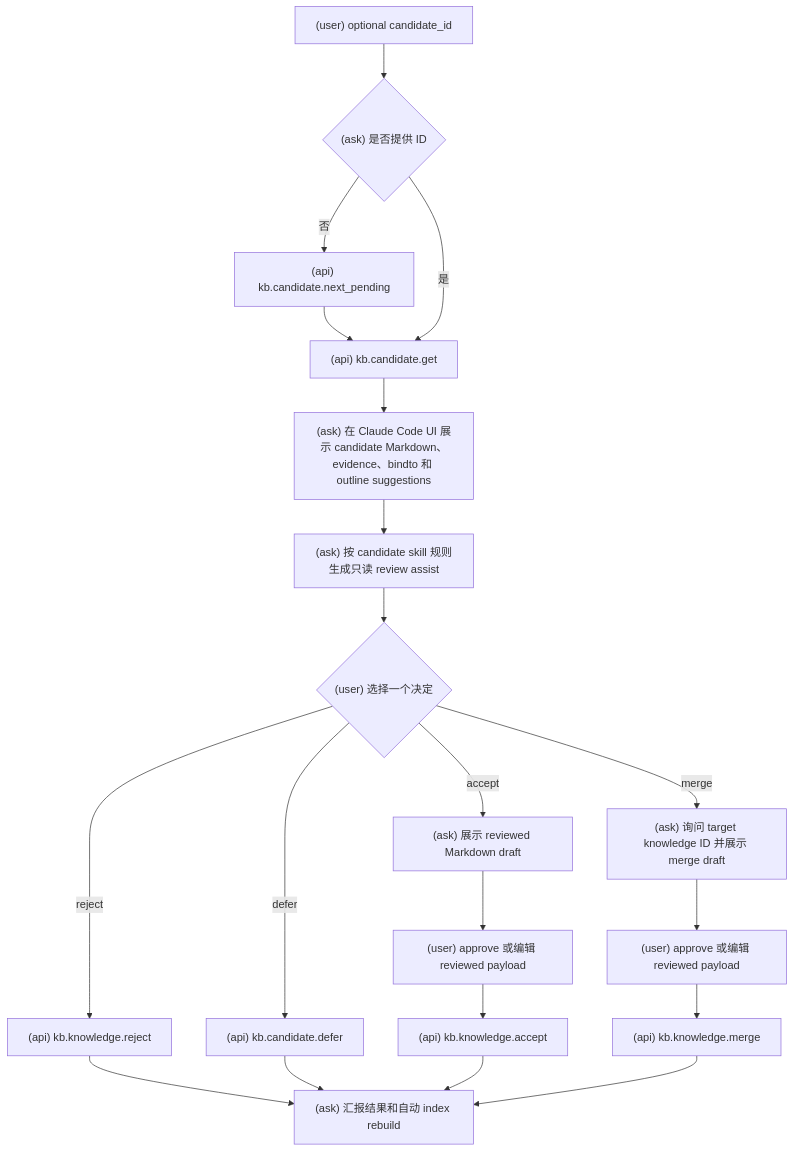
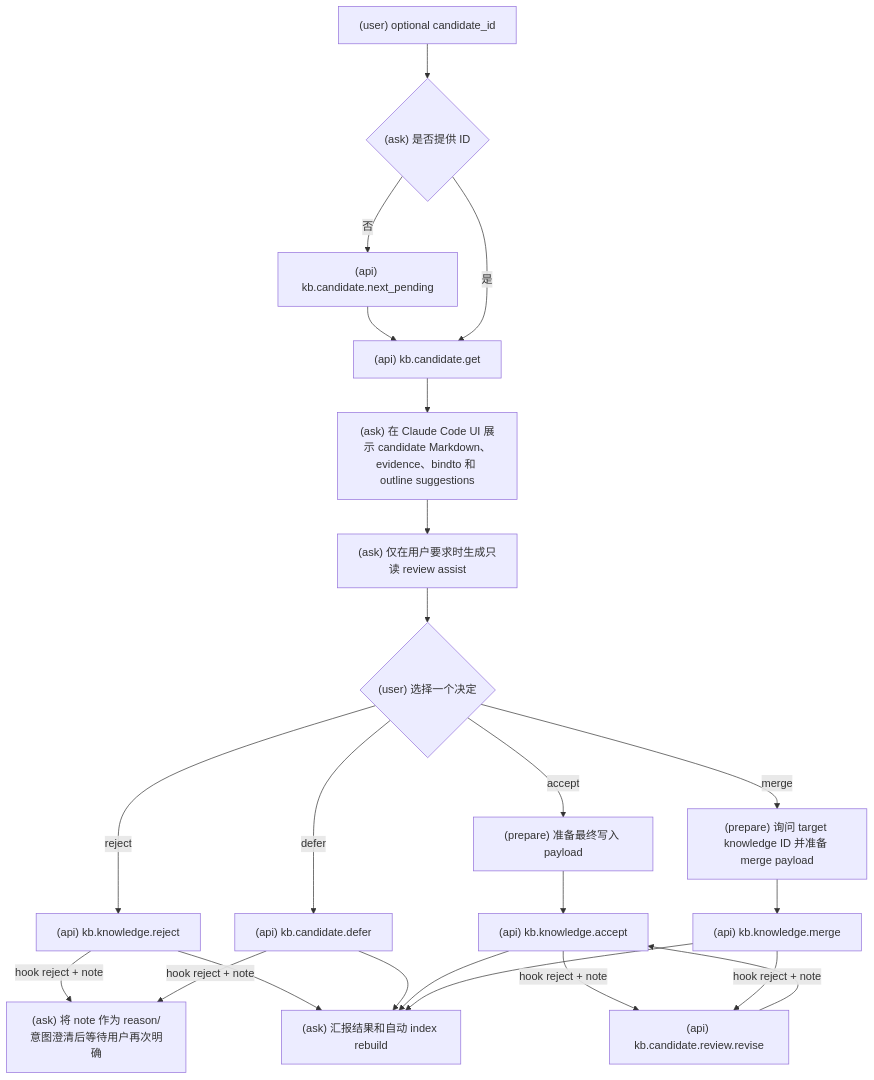
Before and after one commit to srangerme/KBManager: the second of 3 diagrams in skills/kbm-candidate/SKILL.md, drawn with Mermaid. The commit also changed other lines of this file and 48 other files, not shown here.

````diff
--- a/skills/kbm-candidate/SKILL.md
+++ b/skills/kbm-candidate/SKILL.md
@@ -58,22 +58,25 @@
 ```mermaid
 flowchart TD
   A["(user) optional candidate_id"] --> B{"(ask) 是否提供 ID"}
   B -- 否 --> C["(api) kb.candidate.next_pending"]
   C --> D["(api) kb.candidate.get"]
   B -- 是 --> D
   D --> E["(ask) 在 Claude Code UI 展示 candidate Markdown、evidence、bindto 和 outline suggestions"]
-  E --> F["(ask) 按 candidate skill 规则生成只读 review assist"]
+  E --> F["(ask) 仅在用户要求时生成只读 review assist"]
   F --> G{"(user) 选择一个决定"}
   G -- reject --> H["(api) kb.knowledge.reject"]
   G -- defer --> I["(api) kb.candidate.defer"]
-  G -- accept --> J["(ask) 展示 reviewed Markdown draft"]
-  J --> K["(user) approve 或编辑 reviewed payload"]
-  K --> L["(api) kb.knowledge.accept"]
-  G -- merge --> M["(ask) 询问 target knowledge ID 并展示 merge draft"]
-  M --> N["(user) approve 或编辑 reviewed payload"]
-  N --> O["(api) kb.knowledge.merge"]
+  G -- accept --> J["(prepare) 准备最终写入 payload"]
+  J --> K["(api) kb.knowledge.accept"]
+  K -- hook reject + note --> R["(api) kb.candidate.review.revise"]
+  R --> K
+  G -- merge --> M["(prepare) 询问 target knowledge ID 并准备 merge payload"]
+  M --> N["(api) kb.knowledge.merge"]
+  N -- hook reject + note --> R
+  H -- hook reject + note --> Q["(ask) 将 note 作为 reason/意图澄清后等待用户再次明确"]
+  I -- hook reject + note --> Q
   H --> P["(ask) 汇报结果和自动 index rebuild"]
   I --> P
-  L --> P
-  O --> P
+  K --> P
+  N --> P
 ```
````
